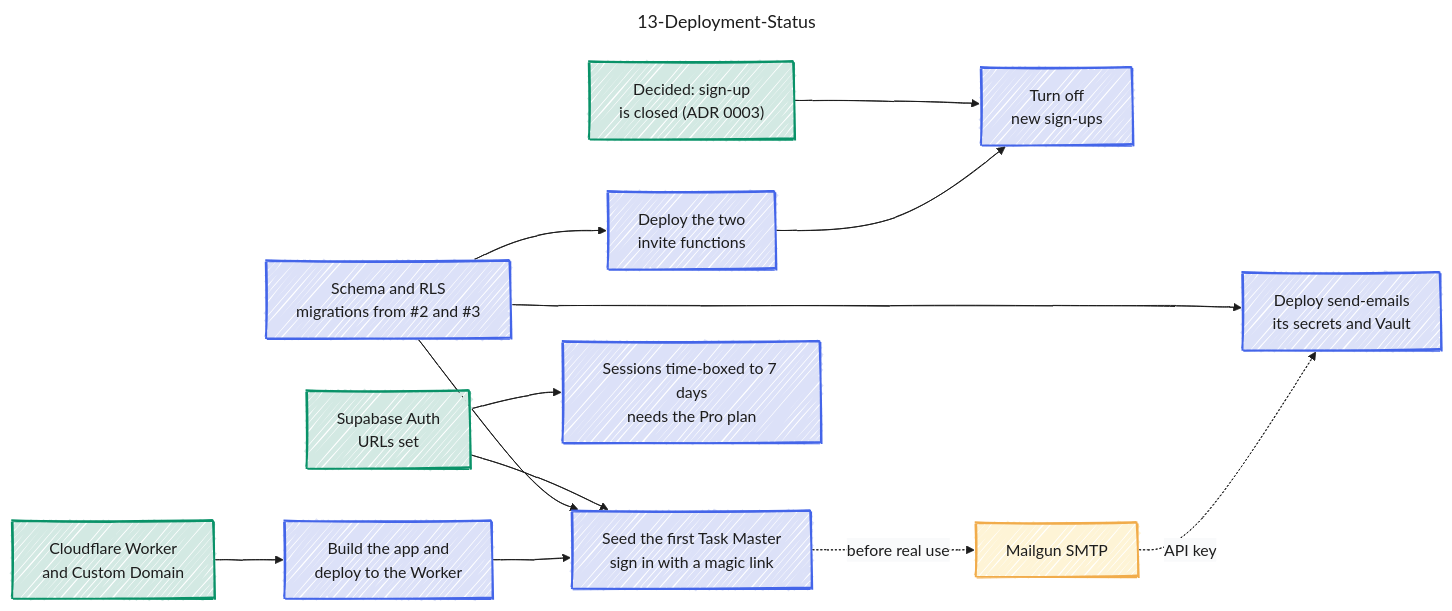
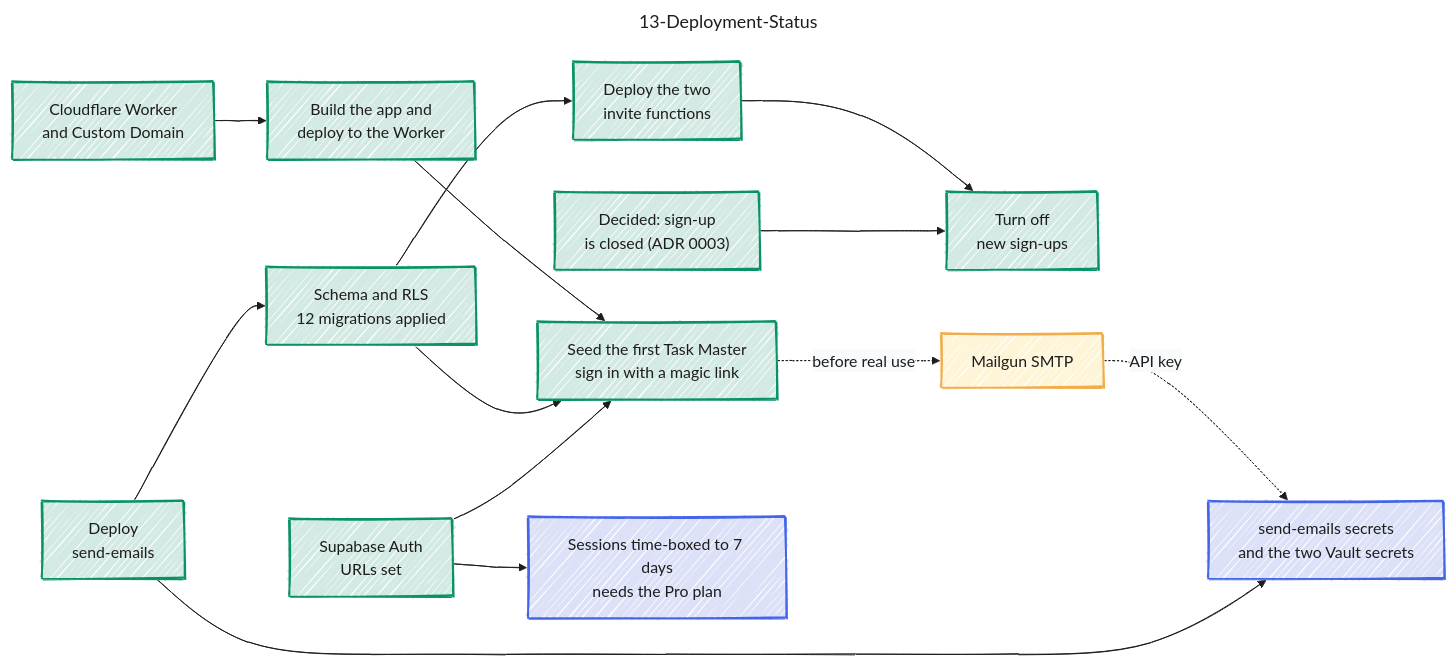
The diagram in docs/diagram/13-Deployment-Status.md (jedt3d/tasuku), drawn with Mermaid before and after one commit. The commit also changed other lines of this file and 3 other files, not shown here.

First line of the commit message:
docs: sync the diagrams with the first deploy to the cloud (#13)

```diff
--- a/docs/diagram/13-Deployment-Status.md
+++ b/docs/diagram/13-Deployment-Status.md
@@ -82,14 +82,15 @@
   cf["Cloudflare Worker<br/>and Custom Domain"]:::green
   auth["Supabase Auth<br/>URLs set"]:::green
   decided["Decided: sign-up<br/>is closed (ADR 0003)"]:::green
-  schema["Schema and RLS<br/>migrations from #2 and #3"]:::blue
-  app["Build the app and<br/>deploy to the Worker"]:::blue
-  seed["Seed the first Task Master<br/>sign in with a magic link"]:::blue
-  invite["Deploy the two<br/>invite functions"]:::blue
-  signup["Turn off<br/>new sign-ups"]:::blue
+  schema["Schema and RLS<br/>12 migrations applied"]:::green
+  app["Build the app and<br/>deploy to the Worker"]:::green
+  seed["Seed the first Task Master<br/>sign in with a magic link"]:::green
+  invite["Deploy the two<br/>invite functions"]:::green
+  signup["Turn off<br/>new sign-ups"]:::green
   session["Sessions time-boxed to 7 days<br/>needs the Pro plan"]:::blue
   mailgun["Mailgun SMTP"]:::yellow
-  emails["Deploy send-emails<br/>its secrets and Vault"]:::blue
+  emails["Deploy<br/>send-emails"]:::green
+  secrets["send-emails secrets<br/>and the two Vault secrets"]:::blue
   cf --> app
   auth --> seed
   schema --> seed
@@ -99,8 +100,9 @@
   invite --> signup
   auth --> session
   seed -.->|"before real use"| mailgun
-  schema --> emails
-  mailgun -.->|"API key"| emails
+  emails --> schema
+  emails --> secrets
+  mailgun -.->|"API key"| secrets
 
 
   classDef blue    fill:#dce1f8,stroke:#4465e9,stroke-width:2px,color:#1d1d1d
```
